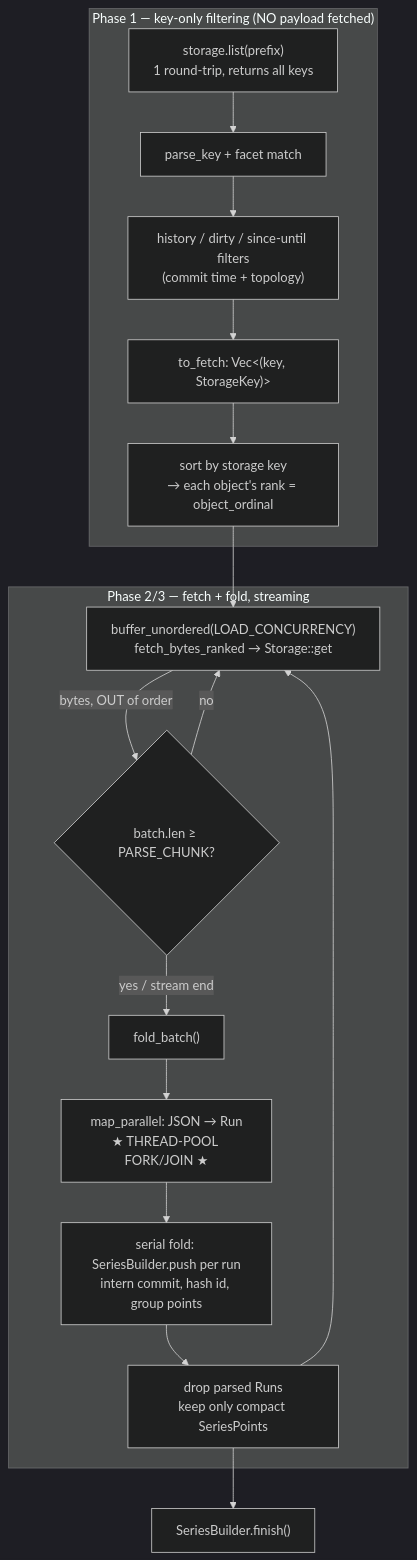
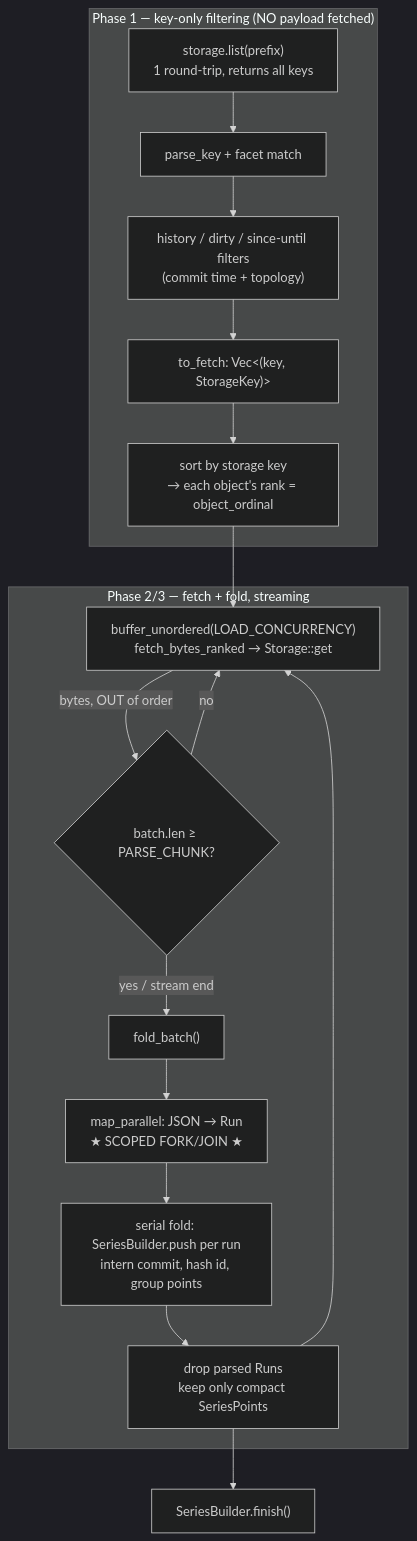
The second of 4 diagrams in packages/cargo-bench-history/docs/analyze.md (folo-rs/folo), drawn with Mermaid (dark theme) before and after one commit. The commit also changed other lines of this file and 5 other files, not shown here.

````diff
--- a/packages/cargo-bench-history/docs/analyze.md
+++ b/packages/cargo-bench-history/docs/analyze.md
@@ -62,20 +62,20 @@
 ```mermaid
 flowchart TD
   subgraph P1["Phase 1 — key-only filtering (NO payload fetched)"]
     L["storage.list(prefix)\n1 round-trip, returns all keys"] --> KF["parse_key + facet match"]
     KF --> WF["history / dirty / since-until filters\n(commit time + topology)"]
     WF --> TF["to_fetch: Vec<(key, StorageKey)>"]
     TF --> SK["sort by storage key\n→ each object's rank = object_ordinal"]
   end
   SK --> LOOP
   subgraph P23["Phase 2/3 — fetch + fold, streaming"]
     LOOP["buffer_unordered(LOAD_CONCURRENCY)\nfetch_bytes_ranked → Storage::get"] -->|"bytes, OUT of order"| BATCH{"batch.len ≥ PARSE_CHUNK?"}
     BATCH -->|no| LOOP
     BATCH -->|"yes / stream end"| FOLD["fold_batch()"]
-    FOLD --> PAR["map_parallel: JSON → Run\n★ THREAD-POOL FORK/JOIN ★"]
+    FOLD --> PAR["map_parallel: JSON → Run\n★ SCOPED FORK/JOIN ★"]
     PAR --> SER["serial fold: SeriesBuilder.push per run\nintern commit, hash id, group points"]
     SER --> DROP["drop parsed Runs\nkeep only compact SeriesPoints"]
     DROP --> LOOP
   end
   DROP --> FIN["SeriesBuilder.finish()"]
 ```
````
